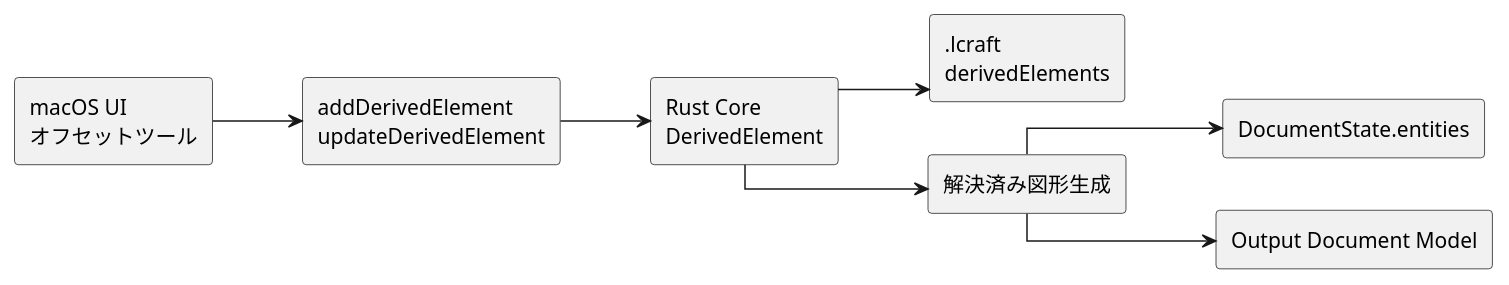
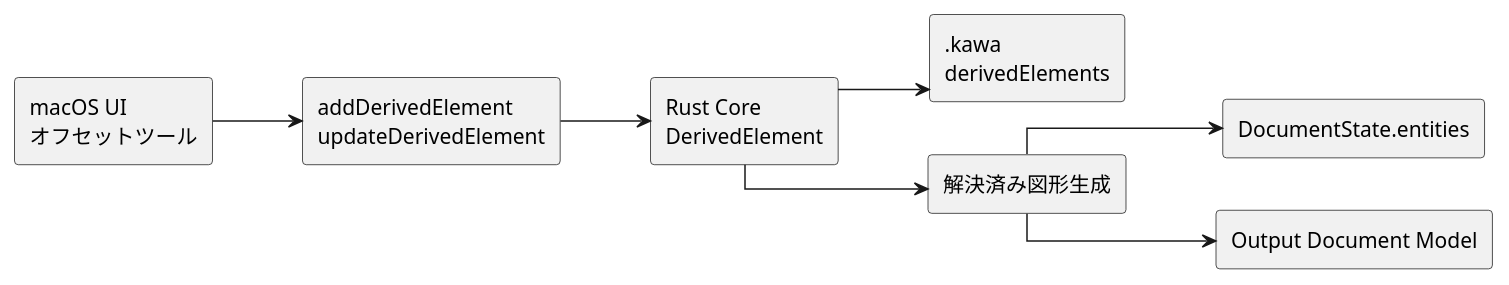
The second of 3 diagrams in docs/design/derived-elements/offset-curves.md (t-shin-komae/kawacad), drawn with PlantUML before and after one commit. The commit also changed other lines of this file and 45 other files, not shown here.

````diff
--- a/docs/design/derived-elements/offset-curves.md
+++ b/docs/design/derived-elements/offset-curves.md
@@ -55,22 +55,22 @@
 ```plantuml
 @startuml
 left to right direction
 
 skinparam shadowing false
 skinparam packageStyle rectangle
 skinparam linetype ortho
   rectangle "macOS UI\nオフセットツール" as UI
   rectangle "addDerivedElement\nupdateDerivedElement" as Command
 UI --> Command
   rectangle "Rust Core\nDerivedElement" as Core
 Command --> Core
-  rectangle ".lcraft\nderivedElements" as Save
+  rectangle ".kawa\nderivedElements" as Save
 Core --> Save
   rectangle "解決済み図形生成" as Resolve
 Core --> Resolve
   rectangle "DocumentState.entities" as Snapshot
 Resolve --> Snapshot
   rectangle "Output Document Model" as Output
 Resolve --> Output
 @enduml
 ```
````
